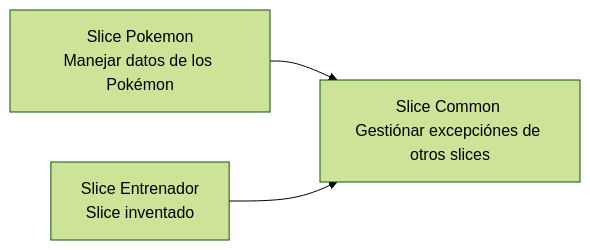
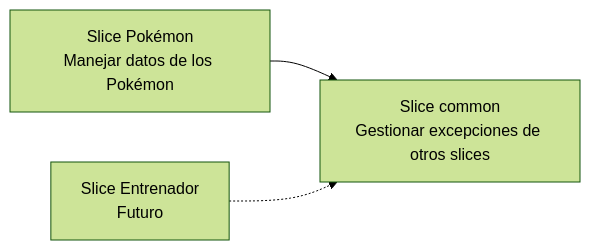
Before and after one commit to zhuangjieke10-ctrl/Proyecto-Pokemart: the diagram in documentation/gestion-errores.md, drawn with Mermaid (forest theme). The commit also changed other lines of this file and 7 other files, not shown here.

````diff
--- a/documentation/gestion-errores.md
+++ b/documentation/gestion-errores.md
@@ -5,6 +5,6 @@
 ```mermaid
 flowchart LR
-    P[Slice Pokemon<br/>Manejar datos de los Pokémon] --> E
-    E[Slice Common <br/>Gestiónar excepciónes de otros slices]
-    T[Slice Entrenador<br/>Slice inventado] --> E
+    P[Slice Pokémon<br/>Manejar datos de los Pokémon] --> E
+    E[Slice common<br/>Gestionar excepciones de otros slices]
+    T[Slice Entrenador<br/>Futuro] -.-> E
 ```
````
